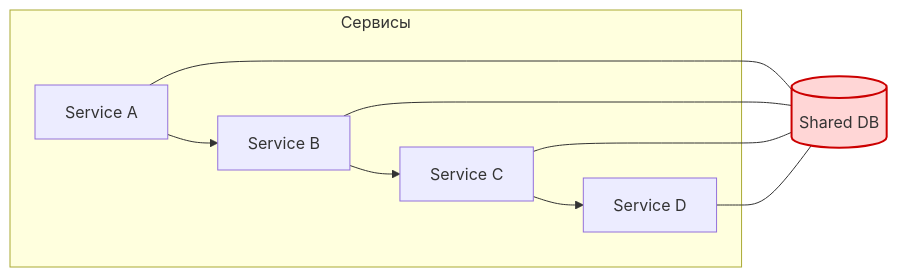
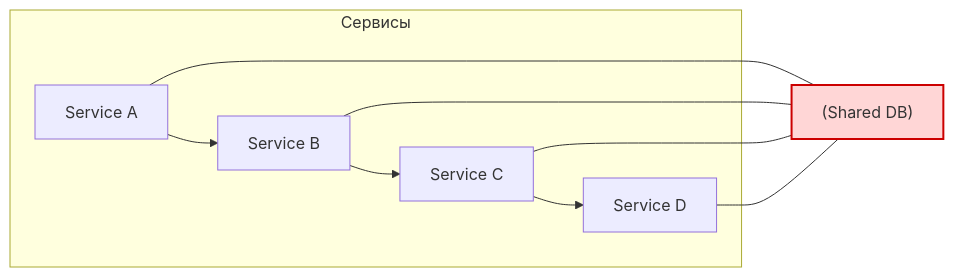
One commit to DDoSKudya/ai-study-atlas changed the second of 6 diagrams in directions/architecture/pact/33_antipatterny_i_kriterii_vybora_arkhitektury/01_33_1_antipatterny.md. Above: the diagram before and after it, drawn with Mermaid. The commit also changed other lines of this file and 322 other files, not shown here.

Commit message:
fix(docs): make mermaid diagrams GitHub-compatible across directions content

````diff
--- a/directions/architecture/pact/33_antipatterny_i_kriterii_vybora_arkhitektury/01_33_1_antipatterny.md
+++ b/directions/architecture/pact/33_antipatterny_i_kriterii_vybora_arkhitektury/01_33_1_antipatterny.md
@@ -192,16 +192,16 @@
 ```mermaid
 flowchart LR
-  subgraph Services[Сервисы]
-    A[Service A] --> B[Service B]
-    B --> C[Service C]
-    C --> D[Service D]
+  subgraph Services["Сервисы"]
+    A["Service A"] --> B["Service B"]
+    B --> C["Service C"]
+    C --> D["Service D"]
   end
 
-  DB[(Shared DB)]:::danger
+  DB["(Shared DB)"]:::danger
   A --- DB
   B --- DB
   C --- DB
   D --- DB
 
   classDef danger fill:#ffd6d6,stroke:#cc0000,stroke-width:2px;
 ```
````
